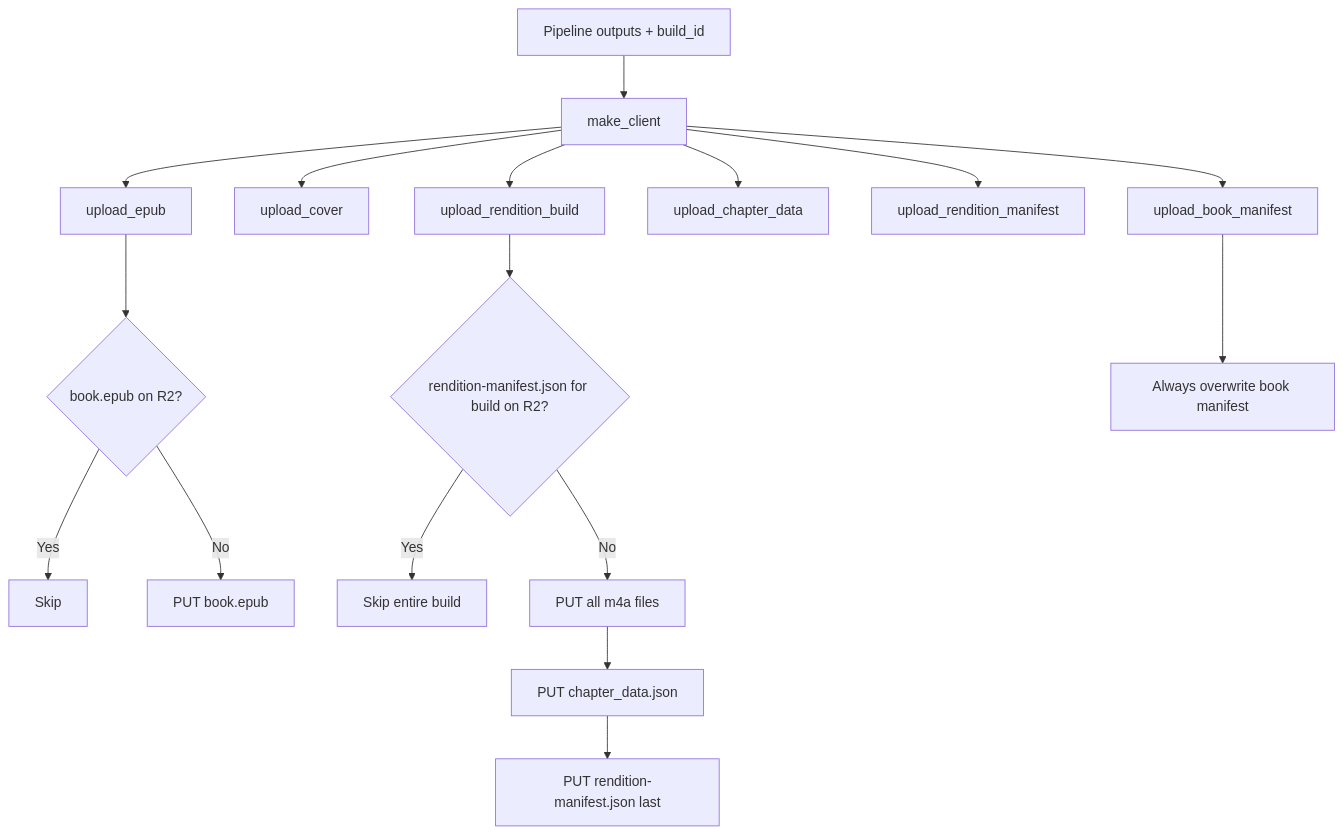
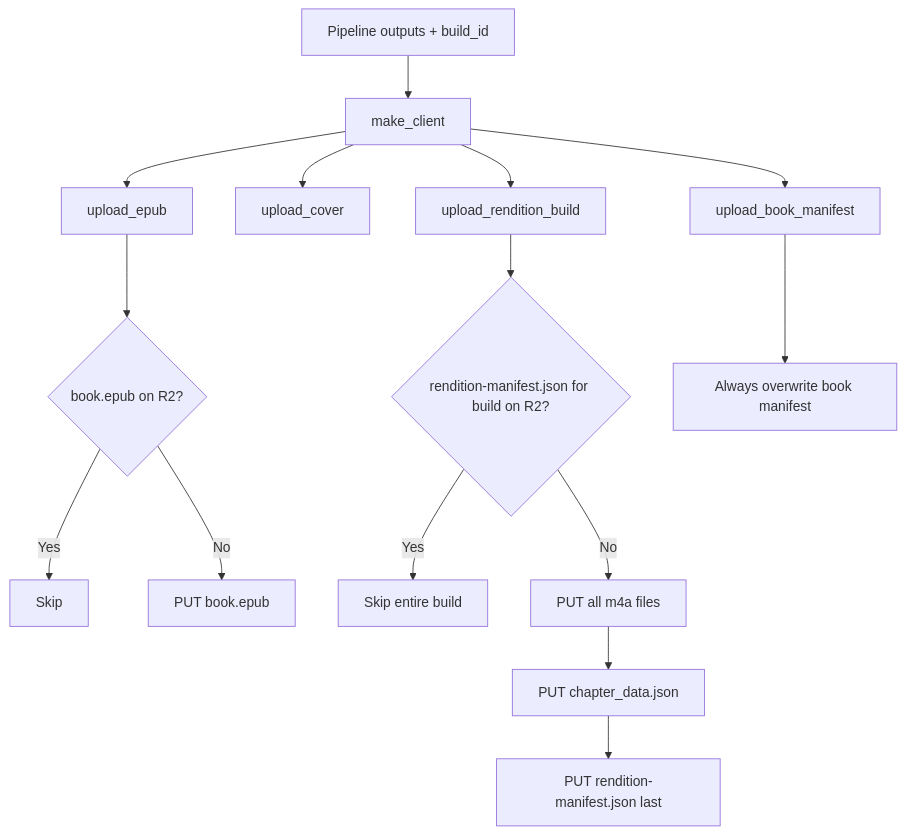
The diagram in pipeline/docs/step6-r2.md (jkoeh/openshelf), drawn with Mermaid before and after one commit. The commit also changed other lines of this file and 43 other files, not shown here.

````diff
--- a/pipeline/docs/step6-r2.md
+++ b/pipeline/docs/step6-r2.md
@@ -10,22 +10,20 @@
 ```mermaid
 graph TD
     A[Pipeline outputs + build_id] --> B[make_client]
     B --> C[upload_epub]
     B --> D[upload_cover]
     B --> E[upload_rendition_build]
-    B --> F[upload_chapter_data]
-    B --> G[upload_rendition_manifest]
     B --> H[upload_book_manifest]
 
     C --> C1{book.epub on R2?}
     C1 -->|Yes| C2[Skip]
     C1 -->|No| C3[PUT book.epub]
 
     E --> E1{rendition-manifest.json for build on R2?}
     E1 -->|Yes| E2[Skip entire build]
     E1 -->|No| E3[PUT all m4a files]
     E3 --> E4[PUT chapter_data.json]
     E4 --> E5[PUT rendition-manifest.json last]
 
     H --> H1[Always overwrite book manifest]
 ```
````
